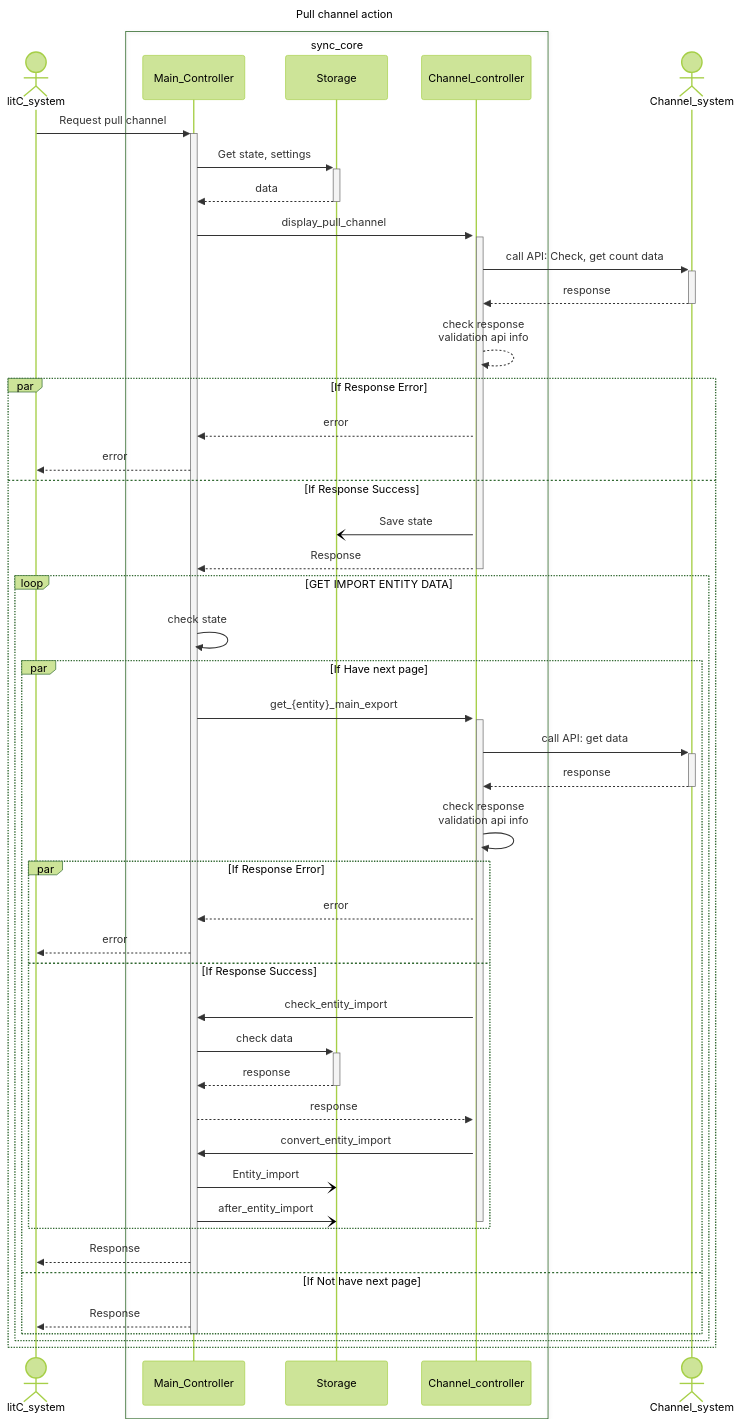
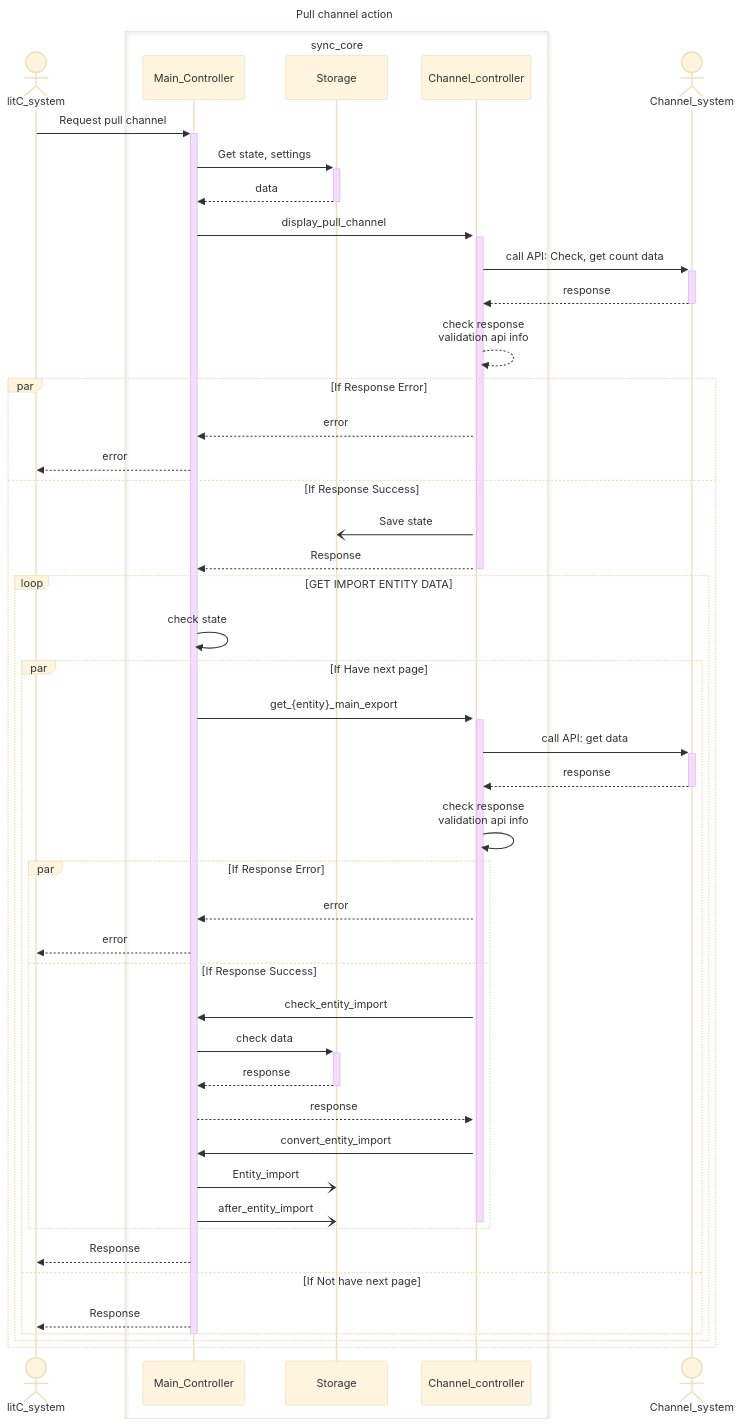
Diagram 11 of 11 in pseudoAllFunction.md (WuzenLiz/markdown), drawn with Mermaid before and after one commit.

Commit message:
update pull processDiagram

````diff
--- a/pseudoAllFunction.md
+++ b/pseudoAllFunction.md
@@ -204,58 +204,58 @@
 ```mermaid
 ---
 title: Pull channel action
 config: 
-    theme: forest
+    theme: base
     curve: basis
 ---
 sequenceDiagram
     Actor A as litC_system
     box sync_core
         participant B as Main_Controller
         participant D as Storage
         participant C as Channel_controller
     end
     ACTOR E as Channel_system
     A->>+B:Request pull channel 
     B->>+D:Get state, settings
     D-->>-B:data
     activate C
     B->>+C:display_pull_channel
     C->>+E:call API: Check, get count data
     E-->>-C:response
     C-->>C:check response<br>validation api info
     par If Response Error
         C-->>B:error
         B-->>A:error
     and If Response Success
         C-)D:Save state
         C-->>B:Response
         deactivate C
         loop GET IMPORT ENTITY DATA
             B->>B:check state
             par If Have next page
                 B->>+C:get_{entity}_main_export
                 C->>+E:call API: get data
                 E-->>-C:response
                 C->>C:check response<br>validation api info
                 par If Response Error
                     C-->>B:error
                     B-->>A:error
                 and If Response Success
                     C->>B:check_entity_import
                     B->>+D:check data
                     D-->>-B:response
                     B-->>C:response
                     C->>B:convert_entity_import
                     B-)D:Entity_import
                     B-)D:after_entity_import
                     deactivate C
                 end
                 B-->>A:Response
             and If Not have next page
                 B-->>A:Response
             end
             deactivate B
         end
     end
 ```
````
